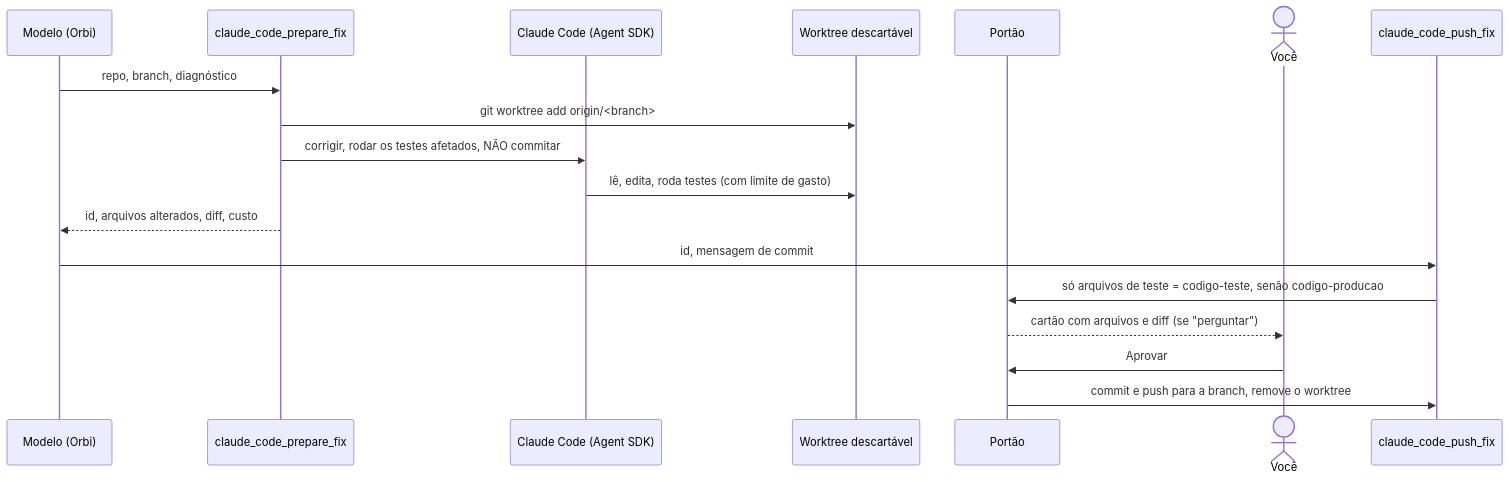
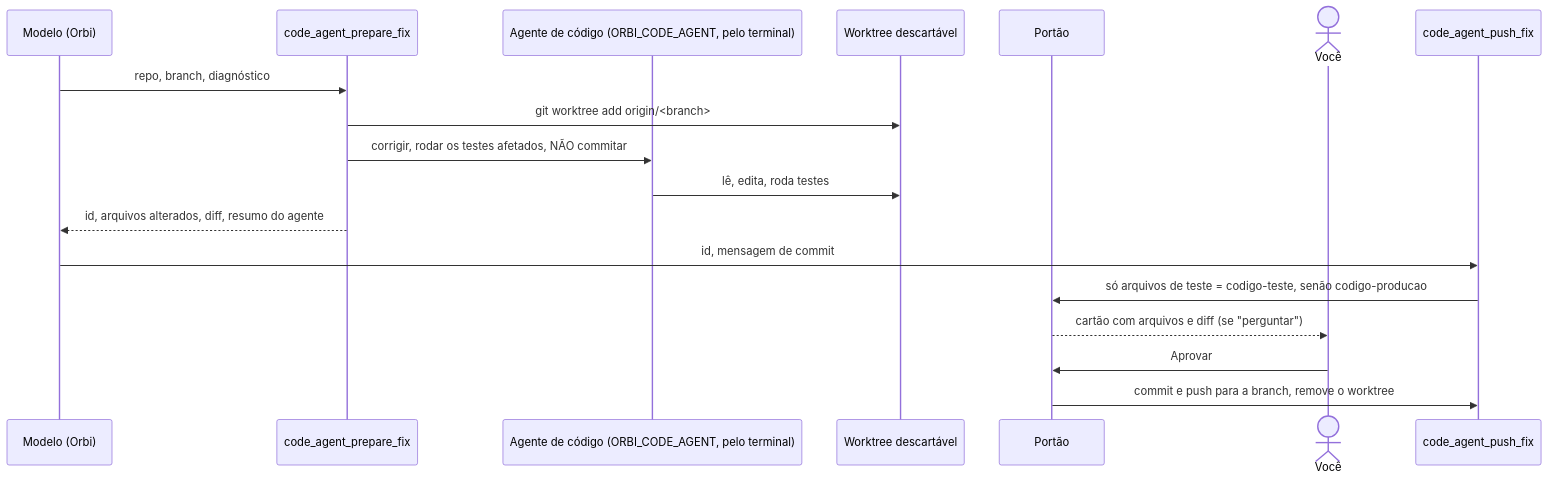
Before and after one commit to arthurparahyba/orbi: the second of 2 diagrams in docs/funcionalidades/10-terminal-e-codigo.md, drawn with Mermaid. The commit also changed other lines of this file and 22 other files, not shown here.

First line of the commit message:
Agente de código da máquina pelo terminal, no lugar do Claude Agent SDK embutido

````diff
--- a/docs/funcionalidades/10-terminal-e-codigo.md
+++ b/docs/funcionalidades/10-terminal-e-codigo.md
@@ -116,21 +116,21 @@
 ```mermaid
 sequenceDiagram
   participant Orbi as Modelo (Orbi)
-  participant Prep as claude_code_prepare_fix
-  participant CC as Claude Code (Agent SDK)
+  participant Prep as code_agent_prepare_fix
+  participant CC as Agente de código (ORBI_CODE_AGENT, pelo terminal)
   participant WT as Worktree descartável
   participant Portao as Portão
   actor Voce as Você
-  participant Push as claude_code_push_fix
+  participant Push as code_agent_push_fix
 
   Orbi->>Prep: repo, branch, diagnóstico
   Prep->>WT: git worktree add origin/<branch>
   Prep->>CC: corrigir, rodar os testes afetados, NÃO commitar
-  CC->>WT: lê, edita, roda testes (com limite de gasto)
-  Prep-->>Orbi: id, arquivos alterados, diff, custo
+  CC->>WT: lê, edita, roda testes
+  Prep-->>Orbi: id, arquivos alterados, diff, resumo do agente
   Orbi->>Push: id, mensagem de commit
   Push->>Portao: só arquivos de teste = codigo-teste, senão codigo-producao
   Portao-->>Voce: cartão com arquivos e diff (se "perguntar")
   Voce->>Portao: Aprovar
   Portao->>Push: commit e push para a branch, remove o worktree
 ```
````
